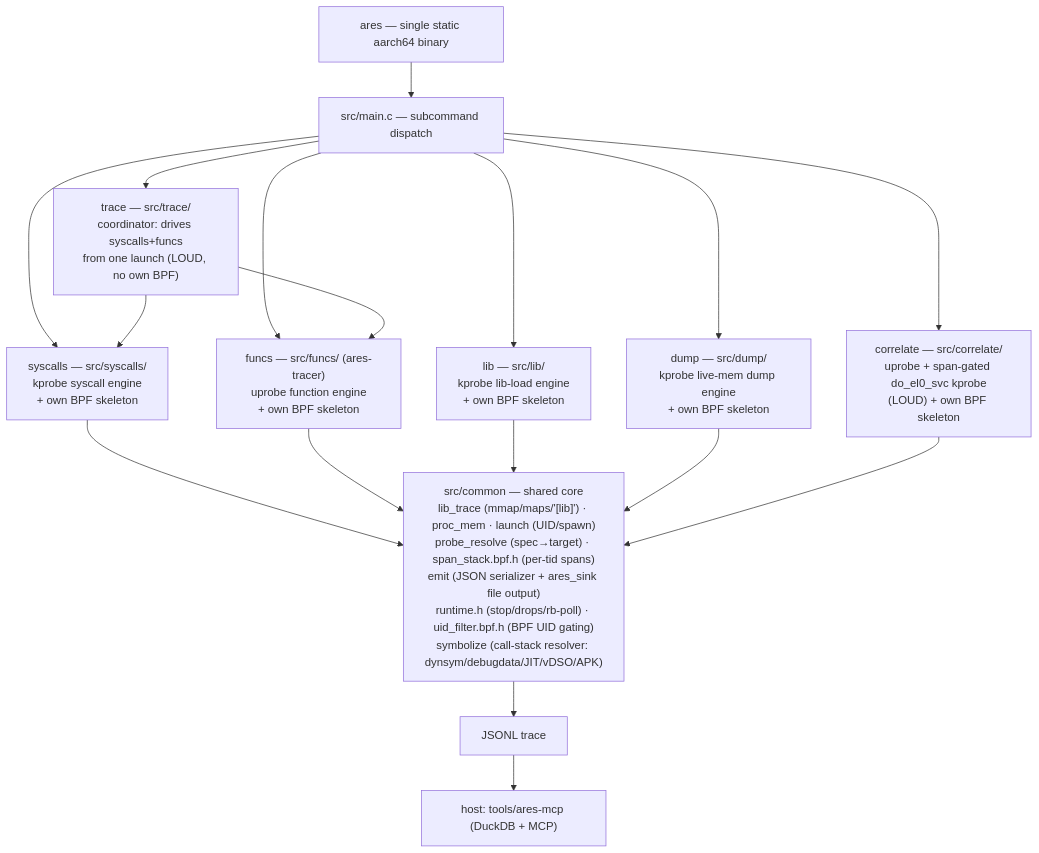
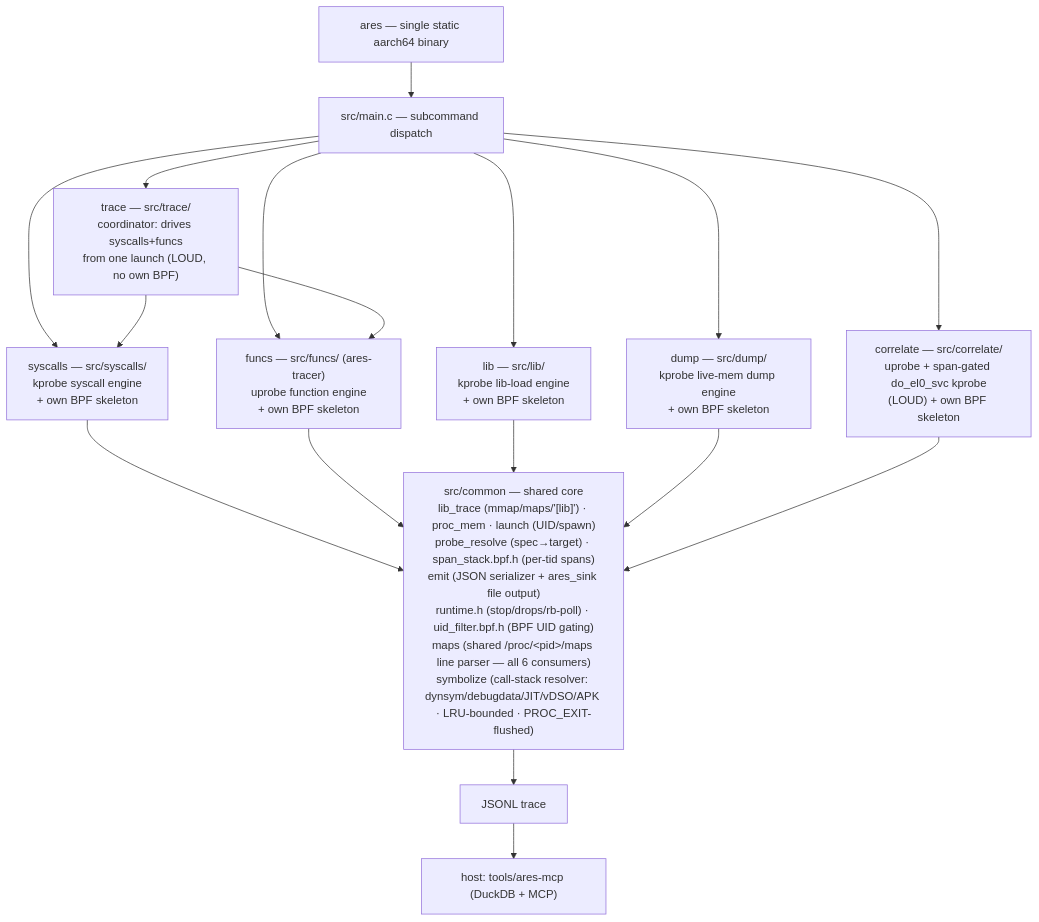
One commit to michaelaurelio/Anubee changed the diagram in DOCUMENTATION.md. Above: the diagram before and after it, drawn with Mermaid. The commit also changed other lines of this file and 12 other files, not shown here.

First line of the commit message:
refactor: Shared /proc/<pid>/maps line parser + symbolizer cache bounds

````diff
--- a/DOCUMENTATION.md
+++ b/DOCUMENTATION.md
@@ -17,31 +17,31 @@
 ```mermaid
 flowchart TD
     ares["ares — single static aarch64 binary"]
     main["src/main.c — subcommand dispatch"]
     syscalls["syscalls — src/syscalls/<br/>kprobe syscall engine<br/>+ own BPF skeleton"]
     funcs["funcs — src/funcs/ (ares-tracer)<br/>uprobe function engine<br/>+ own BPF skeleton"]
     lib["lib — src/lib/<br/>kprobe lib-load engine<br/>+ own BPF skeleton"]
     dump["dump — src/dump/<br/>kprobe live-mem dump engine<br/>+ own BPF skeleton"]
     correlate["correlate — src/correlate/<br/>uprobe + span-gated do_el0_svc kprobe<br/>(LOUD) + own BPF skeleton"]
     tracecmd["trace — src/trace/<br/>coordinator: drives syscalls+funcs<br/>from one launch (LOUD, no own BPF)"]
-    common["src/common — shared core<br/>lib_trace (mmap/maps/'[lib]') · proc_mem · launch (UID/spawn)<br/>probe_resolve (spec→target) · span_stack.bpf.h (per-tid spans)<br/>emit (JSON serializer + ares_sink file output)<br/>runtime.h (stop/drops/rb-poll) · uid_filter.bpf.h (BPF UID gating)<br/>symbolize (call-stack resolver: dynsym/debugdata/JIT/vDSO/APK)"]
+    common["src/common — shared core<br/>lib_trace (mmap/maps/'[lib]') · proc_mem · launch (UID/spawn)<br/>probe_resolve (spec→target) · span_stack.bpf.h (per-tid spans)<br/>emit (JSON serializer + ares_sink file output)<br/>runtime.h (stop/drops/rb-poll) · uid_filter.bpf.h (BPF UID gating)<br/>maps (shared /proc/&lt;pid&gt;/maps line parser — all 6 consumers)<br/>symbolize (call-stack resolver: dynsym/debugdata/JIT/vDSO/APK · LRU-bounded · PROC_EXIT-flushed)"]
     trace["JSONL trace"]
     mcp["host: tools/ares-mcp (DuckDB + MCP)"]
 
     ares --> main
     main --> syscalls
     main --> funcs
     main --> lib
     main --> dump
     main --> correlate
     main --> tracecmd
     tracecmd --> syscalls
     tracecmd --> funcs
     syscalls --> common
     funcs --> common
     lib --> common
     dump --> common
     correlate --> common
     common --> trace
     trace --> mcp
 ```
````
